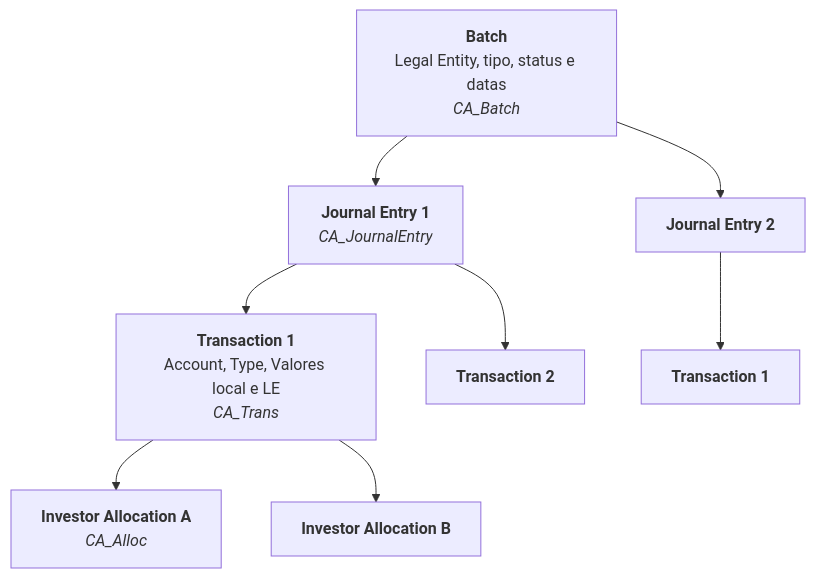
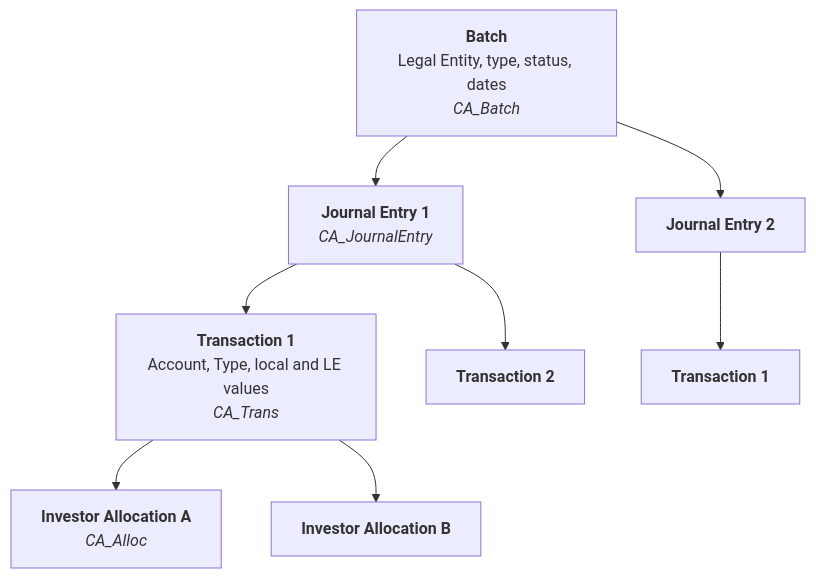
Before and after one commit to msekimoto/investran: the first of 2 diagrams in docs/dominio/03-ciclo-contabil-e-batches.md, drawn with Mermaid. The commit also changed other lines of this file and 52 other files, not shown here.

````diff
--- a/docs/dominio/03-ciclo-contabil-e-batches.md
+++ b/docs/dominio/03-ciclo-contabil-e-batches.md
@@ -7,23 +7,15 @@
 ```mermaid
 flowchart TB
-    B["`**Batch**
-Legal Entity, tipo, status e datas
-*CA_Batch*`"]
-    JE1["`**Journal Entry 1**
-*CA_JournalEntry*`"]
+    B["`**Batch**<br/>Legal Entity, type, status, dates<br/>*CA_Batch*`"]
+    JE1["`**Journal Entry 1**<br/>*CA_JournalEntry*`"]
     JE2["`**Journal Entry 2**`"]
-    T11["`**Transaction 1**
-Account, Type, Valores local e LE
-*CA_Trans*`"]
-    T12["`**Transaction 2**`"]
+    T11["`**Transaction 1**<br/>Account, Type, local and LE values<br/>*CA_Trans*`"]
     T12["`**Transaction 2**`"]
     T21["`**Transaction 1**`"]
-    IA1["`**Investor Allocation A**
-*CA_Alloc*`"]
+    IA1["`**Investor Allocation A**<br/>*CA_Alloc*`"]
     IA2["`**Investor Allocation B**`"]
-
     B --> JE1 & JE2
     JE1 --> T11 & T12
     JE2 --> T21
     T11 --> IA1 & IA2
 ```
````
